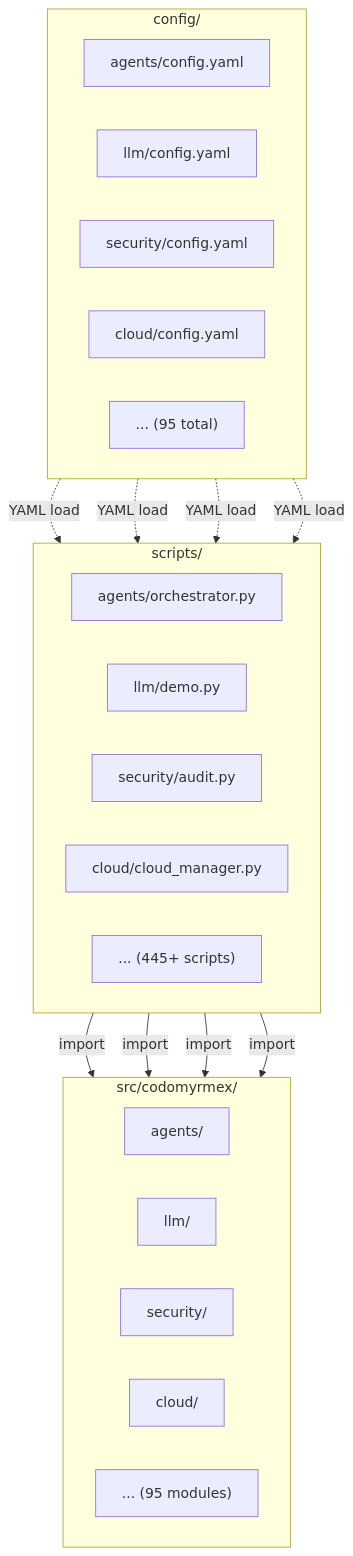
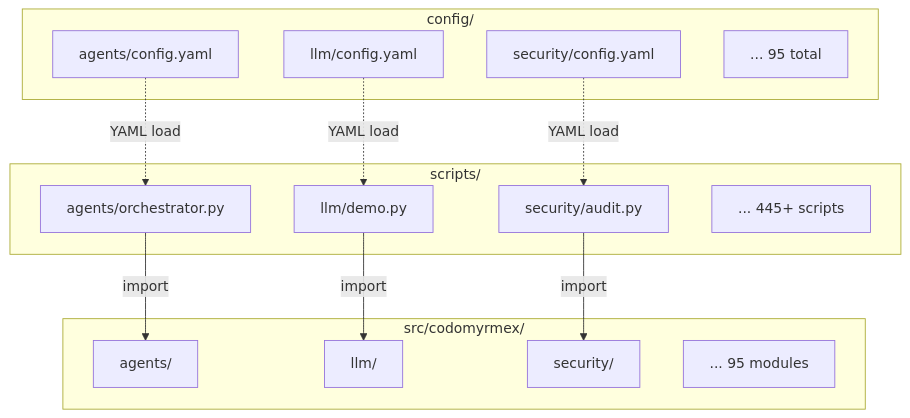
One commit to docxology/codomyrmex changed the sixth of 7 diagrams in .github/README.md. Above: the diagram before and after it, drawn with Mermaid. The commit also changed other lines of this file and 1 other file, not shown here.

````diff
--- a/.github/README.md
+++ b/.github/README.md
@@ -532,39 +532,30 @@
 ```mermaid
 graph TB
     subgraph ConfigRoot["config/"]
-        direction LR
         C1["agents/config.yaml"]
         C2["llm/config.yaml"]
         C3["security/config.yaml"]
-        C4["cloud/config.yaml"]
-        Cdots["... (95 total)"]
+        Cdots["... 95 total"]
     end
 
     subgraph Scripts["scripts/"]
-        direction LR
         S1["agents/orchestrator.py"]
         S2["llm/demo.py"]
         S3["security/audit.py"]
-        S4["cloud/cloud_manager.py"]
-        Sdots["... (445+ scripts)"]
+        Sdots["... 445+ scripts"]
     end
 
     subgraph Source["src/codomyrmex/"]
-        direction LR
         Src1["agents/"]
         Src2["llm/"]
         Src3["security/"]
-        Src4["cloud/"]
-        SrcDots["... (95 modules)"]
+        SrcDots["... 95 modules"]
     end
 
     C1 -.->|"YAML load"| S1
     C2 -.->|"YAML load"| S2
     C3 -.->|"YAML load"| S3
-    C4 -.->|"YAML load"| S4
-
     S1 -->|"import"| Src1
     S2 -->|"import"| Src2
     S3 -->|"import"| Src3
-    S4 -->|"import"| Src4
 ```
````
